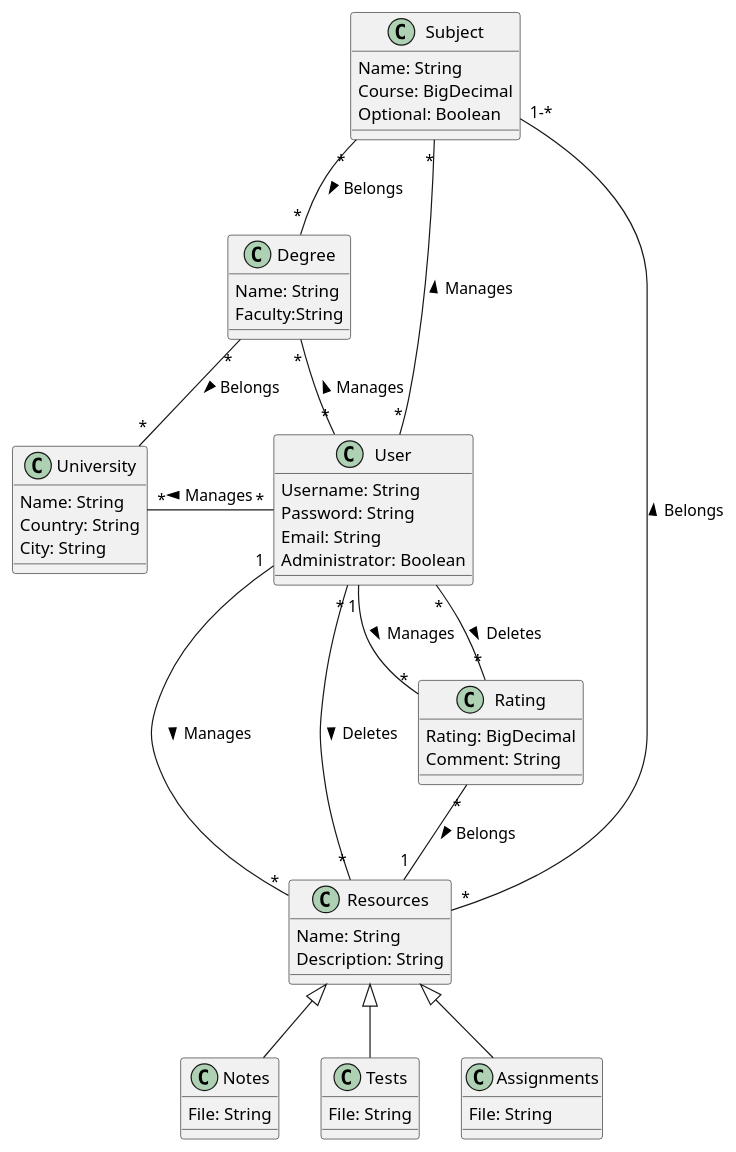
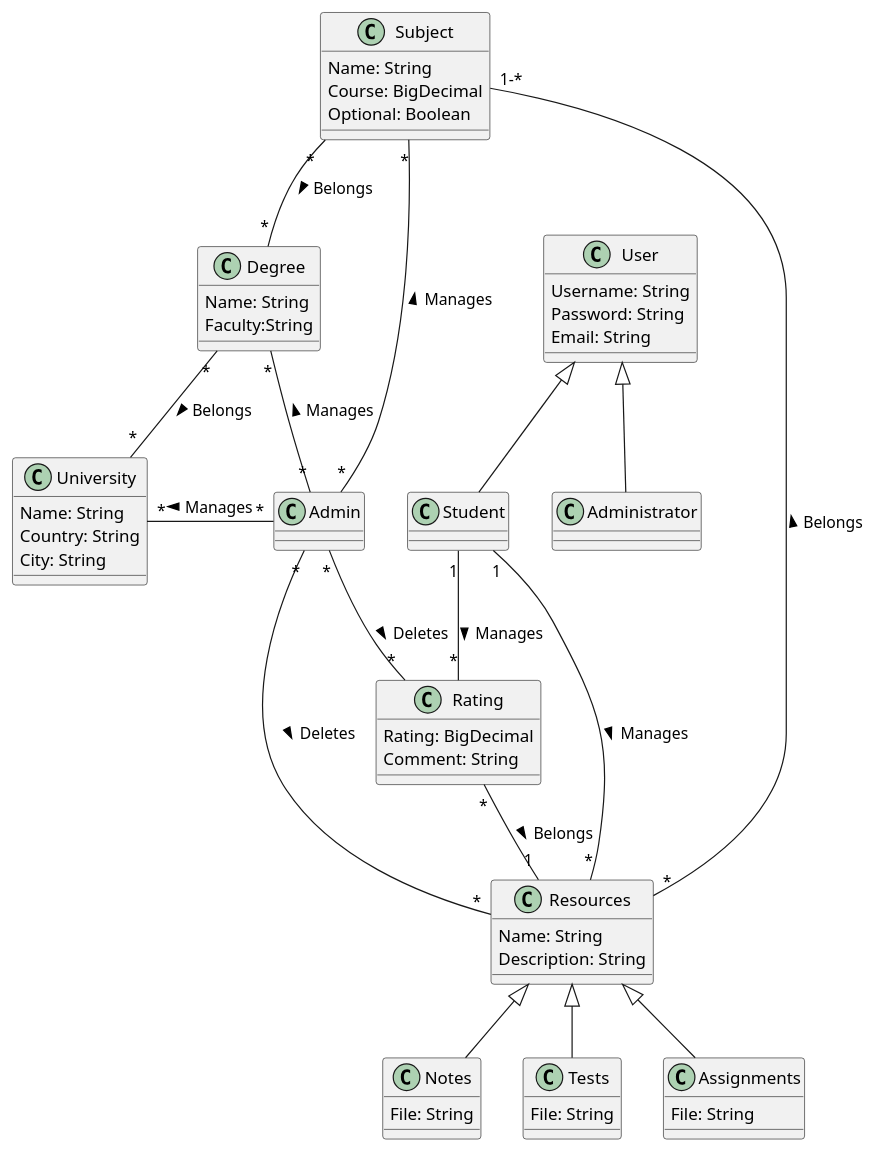
Before and after one commit to UdL-EPS-SoftArch/UniCloud-API: the diagram in EntitiesModel.puml, drawn with PlantUML. The commit also changed 1 other file, not shown here.

Commit message:
Updated Entities Model to adapt to new User Roles

```diff
--- a/EntitiesModel.puml
+++ b/EntitiesModel.puml
@@ -1,60 +1,65 @@
 @startuml
 class User{
     Username: String
     Password: String
     Email: String
-    Administrator: Boolean
+}
+
+class Administrator extends User{
+}
+
+class Student extends User{
 }
 
 class University{
     Name: String
     Country: String
     City: String
 }
 
 class Degree{
     Name: String
     Faculty:String
 }
 
 class Subject{
     Name: String
     Course: BigDecimal
     Optional: Boolean
 }
 
 class Resources{
     Name: String
     Description: String
 }
 
 class Notes extends Resources{
     File: String
 }
 
 class Tests extends Resources{
     File: String
 }
 
 class Assignments extends Resources{
     File: String
 }
 
 class Rating{
     Rating: BigDecimal
     Comment: String
 }
 
 
-User "1" -- "*" Resources: Manages >
-User "1" -- "*" Rating: Manages >
-User "*" --left-- "*" University: Manages >
-User "*" --left-- "*" Degree: Manages >
-User "*" --left-- "*" Subject: Manages >
-User "*" -- "*" Resources: Deletes >
-User "*" -- "*" Rating: Deletes >
+Student "1" -- "*" Resources: Manages >
+Student "1" -- "*" Rating: Manages >
+Admin "*" --left-- "*" University: Manages >
+Admin "*" --left-- "*" Degree: Manages >
+Admin "*" --left-- "*" Subject: Manages >
+Admin "*" -- "*" Resources: Deletes >
+Admin "*" -- "*" Rating: Deletes >
 Rating "*" -- "1" Resources: Belongs >
 Resources "*" -- "1-*" Subject: Belongs >
 Subject "*" -- "*" Degree: Belongs >
 Degree "*" -- "*" University: Belongs >
 @enduml
```
